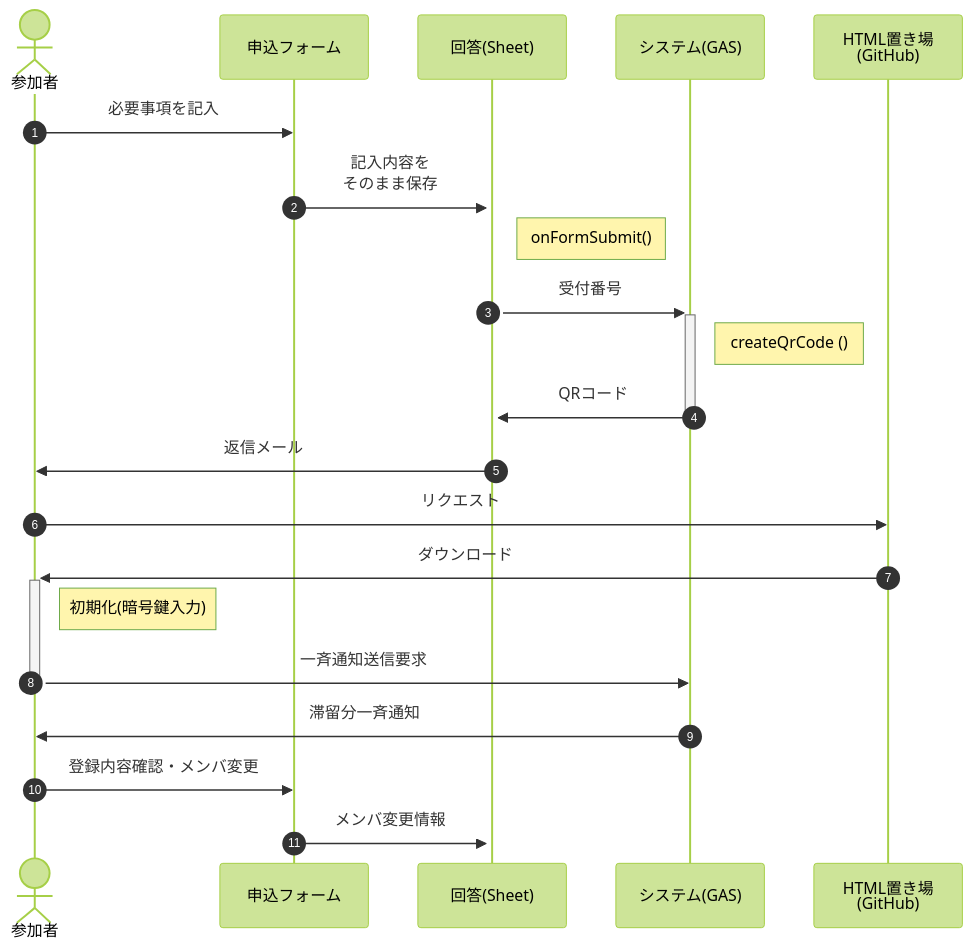
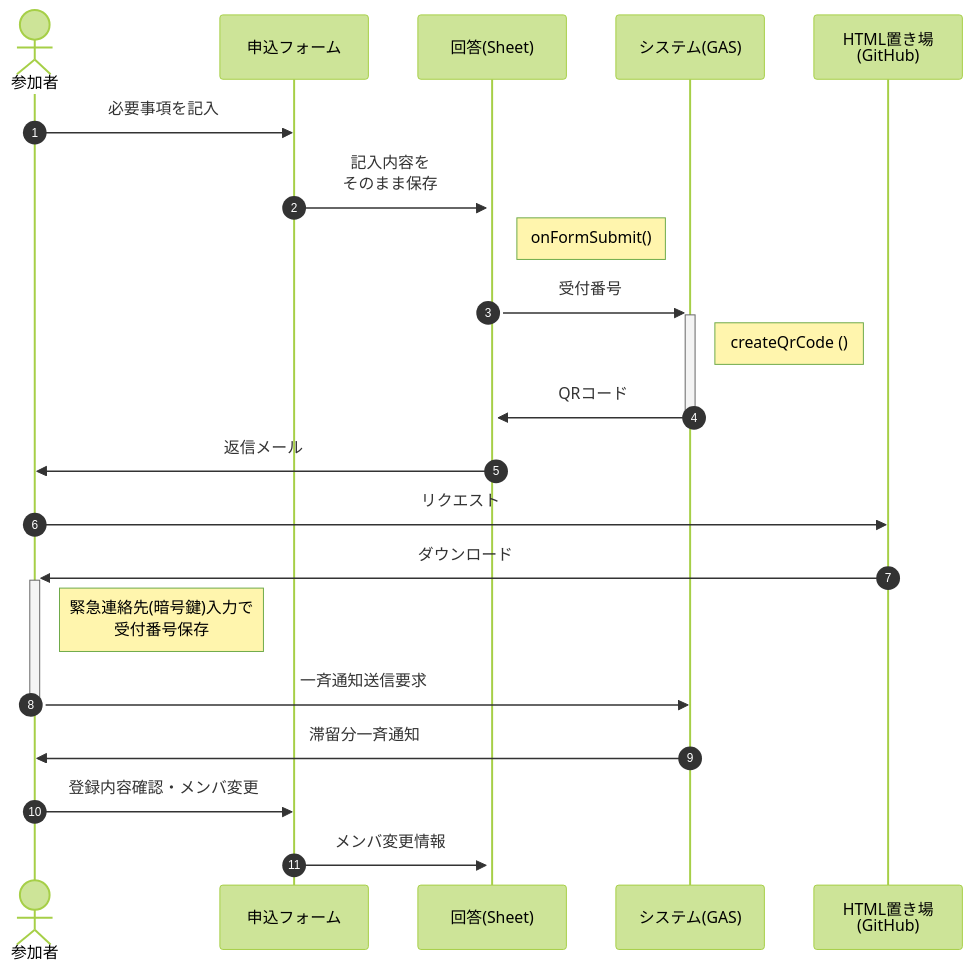
The second of 5 diagrams in README.md (nakaone/EventStaff), drawn with Mermaid (forest theme) before and after one commit. The commit also changed other lines of this file, not shown here.

````diff
--- a/README.md
+++ b/README.md
@@ -98,25 +98,25 @@
 ```mermaid
 
 sequenceDiagram
   autonumber
   actor guest as 参加者
   participant form as 申込フォーム
   participant answer as 回答(Sheet)
   participant gas as システム(GAS)
   participant git as HTML置き場<br>(GitHub)
 
   guest->>form    : 必要事項を記入
   form->>+answer   : 記入内容を<br>そのまま保存
   Note right of answer: onFormSubmit()
   answer->>+gas    : 受付番号
   Note right of gas: createQrCode ()
   gas->>-answer    : QRコード
   answer->>guest  : 返信メール
   guest->>git      : リクエスト
   git->>+guest      : ダウンロード
-  Note right of guest: 初期化(暗号鍵入力)
+  Note right of guest: 緊急連絡先(暗号鍵)入力で<br>受付番号保存
   guest->>-gas     : 一斉通知送信要求
   gas->>guest      : 滞留分一斉通知
   guest->>form     : 登録内容確認・メンバ変更
   form->>answer    : メンバ変更情報
 ```
````
